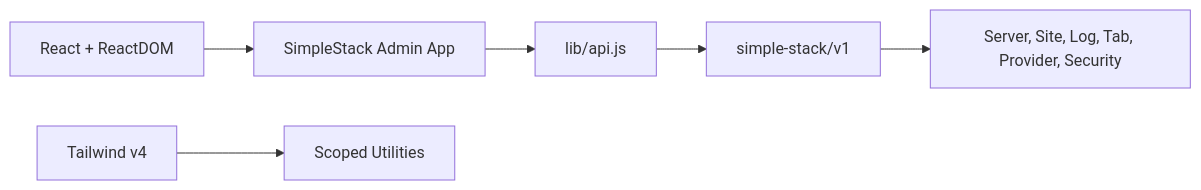
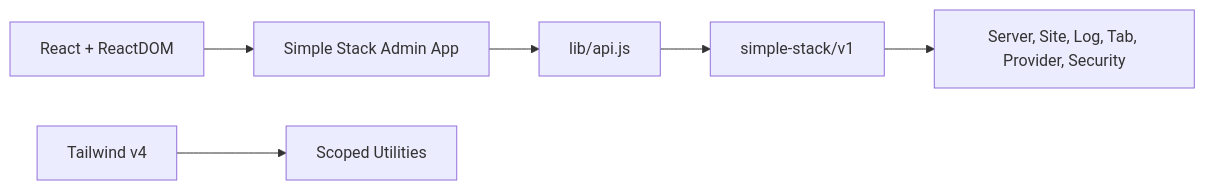
The tenth of 10 diagrams in .qoder/repowiki/en/content/System Architecture/Frontend Architecture.md (onedogsolutions/simple-stack), drawn with Mermaid before and after one commit. The commit also changed other lines of this file and 5941 other files, not shown here.

First line of the commit message:
refactor(core): rebrand WPCloudDeploy to Simple Stack with new namespaces and prefixes

````diff
--- a/.qoder/repowiki/en/content/System Architecture/Frontend Architecture.md
+++ b/.qoder/repowiki/en/content/System Architecture/Frontend Architecture.md
@@ -395,8 +395,8 @@
 ```mermaid
 graph LR
-React["React + ReactDOM"] --> App["SimpleStack Admin App"]
+React["React + ReactDOM"] --> App["Simple Stack Admin App"]
 Tailwind["Tailwind v4"] --> Styles["Scoped Utilities"]
 App --> API["lib/api.js"]
 API --> REST["simple-stack/v1"]
 REST --> Controllers["Server, Site, Log, Tab, Provider, Security"]
 ```
````
